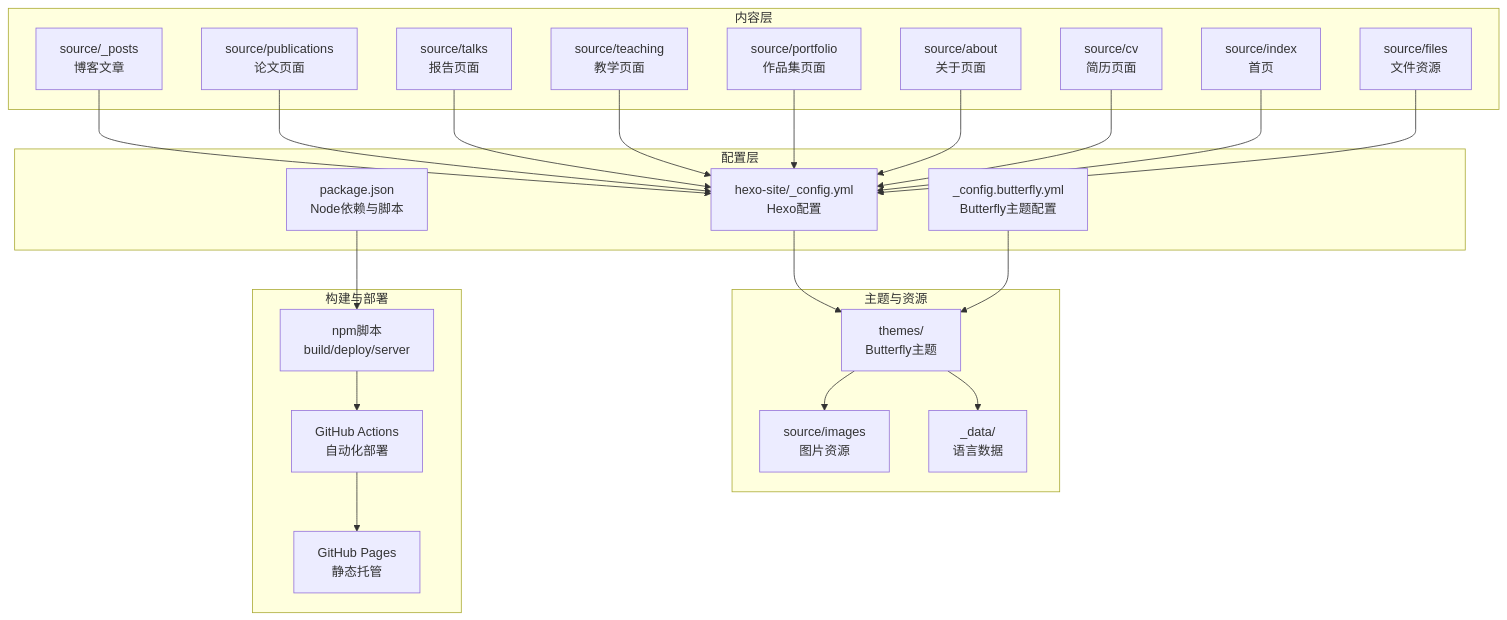
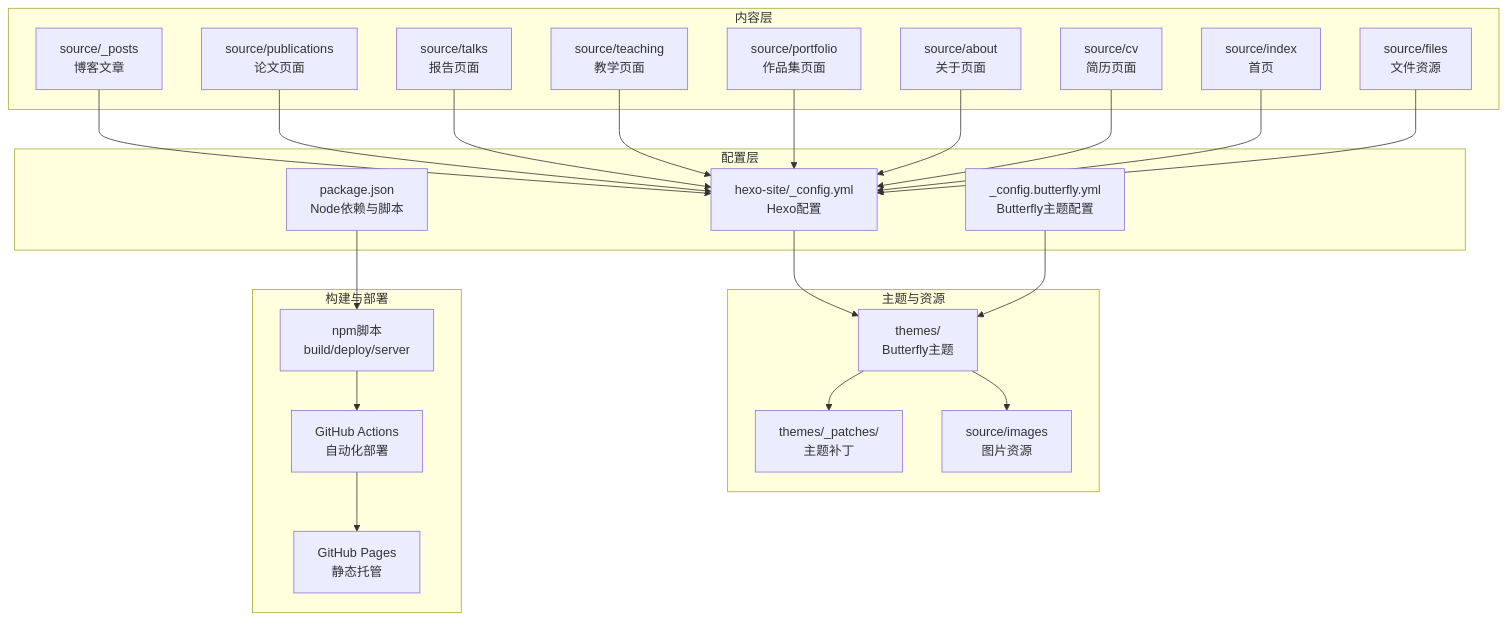
The first of 8 diagrams in .qoder/repowiki/zh/content/项目概述/项目概述.md (CoolPig0720/CoolPig0720.github.io), drawn with Mermaid before and after one commit. The commit also changed other lines of this file and 6 other files, not shown here.

````diff
--- a/.qoder/repowiki/zh/content/项目概述/项目概述.md
+++ b/.qoder/repowiki/zh/content/项目概述/项目概述.md
@@ -79,45 +82,45 @@
 ```mermaid
 graph TB
 subgraph "内容层"
 P["source/_posts<br/>博客文章"]
 Pub["source/publications<br/>论文页面"]
 T["source/talks<br/>报告页面"]
 Teach["source/teaching<br/>教学页面"]
 Port["source/portfolio<br/>作品集页面"]
 About["source/about<br/>关于页面"]
 CV["source/cv<br/>简历页面"]
 Index["source/index<br/>首页"]
 Files["source/files<br/>文件资源"]
 end
 subgraph "配置层"
 HexoCfg["hexo-site/_config.yml<br/>Hexo配置"]
 ThemeCfg["_config.butterfly.yml<br/>Butterfly主题配置"]
 Pkg["package.json<br/>Node依赖与脚本"]
 end
 subgraph "主题与资源"
 Theme["themes/<br/>Butterfly主题"]
+Patches["themes/_patches/<br/>主题补丁"]
 Images["source/images<br/>图片资源"]
-Data["_data/<br/>语言数据"]
 end
 subgraph "构建与部署"
 Scripts["npm脚本<br/>build/deploy/server"]
 Actions["GitHub Actions<br/>自动化部署"]
 Pages["GitHub Pages<br/>静态托管"]
 end
 P --> HexoCfg
 Pub --> HexoCfg
 T --> HexoCfg
 Teach --> HexoCfg
 Port --> HexoCfg
 About --> HexoCfg
 CV --> HexoCfg
 Index --> HexoCfg
 Files --> HexoCfg
 HexoCfg --> Theme
 ThemeCfg --> Theme
+Theme --> Patches
 Theme --> Images
-Theme --> Data
 Pkg --> Scripts
 Scripts --> Actions
 Actions --> Pages
 ```
````
